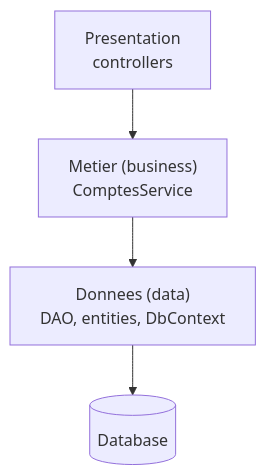
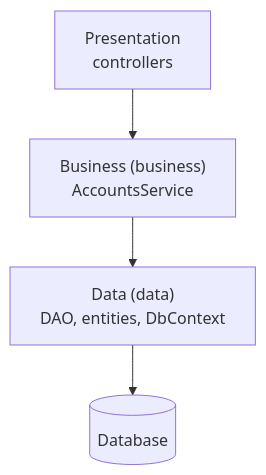
The diagram in Docs/en/fiches/00-couches.md (drangoht/ArchitecturesDemo), drawn with Mermaid before and after one commit. The commit also changed other lines of this file and 78 other files, not shown here.

First line of the commit message:
Docs EN : identifiants, liens, diagrammes et sorties alignés sur le code anglais

````diff
--- a/Docs/en/fiches/00-couches.md
+++ b/Docs/en/fiches/00-couches.md
@@ -11,4 +11,4 @@
 ```mermaid
 flowchart TB
-    P["Presentation<br/>controllers"] --> M["Metier (business)<br/>ComptesService"] --> D["Donnees (data)<br/>DAO, entities, DbContext"] --> DB[("Database")]
+    P["Presentation<br/>controllers"] --> M["Business (business)<br/>AccountsService"] --> D["Data (data)<br/>DAO, entities, DbContext"] --> DB[("Database")]
 ```
````
